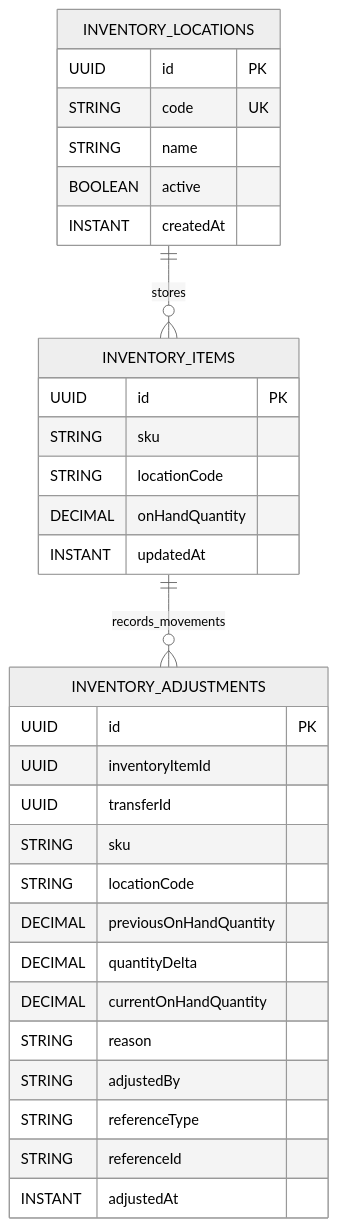
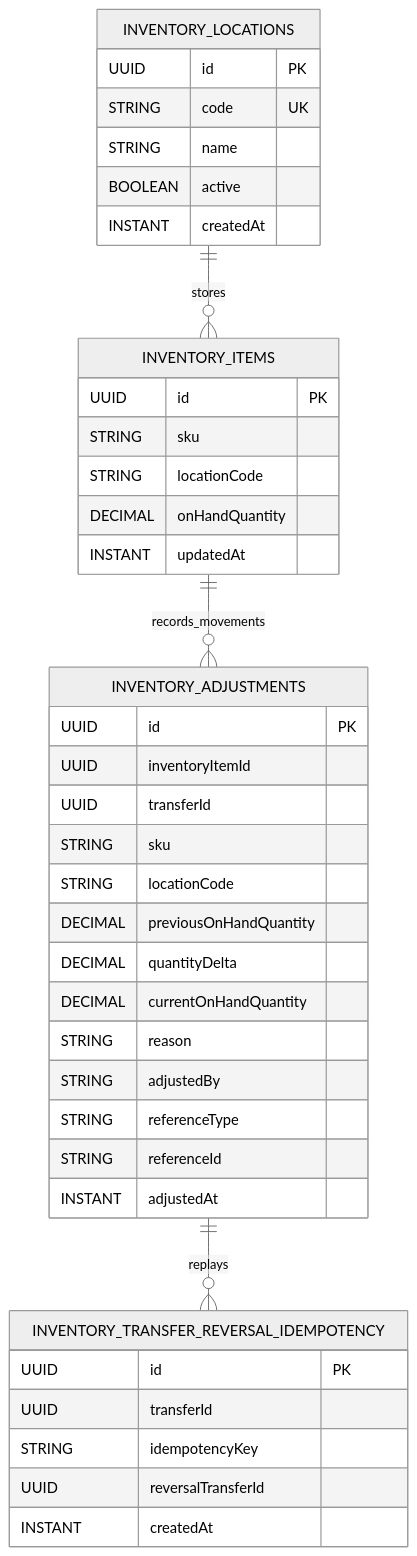
The diagram in docs/inventory-data-model.md (ArcanaERP/platform), drawn with Mermaid (neutral theme) before and after one commit. The commit also changed other lines of this file and 9 other files, not shown here.

Commit message:
feat: add reversal idempotency-key replay support

````diff
--- a/docs/inventory-data-model.md
+++ b/docs/inventory-data-model.md
@@ -7,37 +7,46 @@
 ```mermaid
 erDiagram
     INVENTORY_LOCATIONS ||--o{ INVENTORY_ITEMS : stores
     INVENTORY_ITEMS ||--o{ INVENTORY_ADJUSTMENTS : records_movements
+    INVENTORY_ADJUSTMENTS ||--o{ INVENTORY_TRANSFER_REVERSAL_IDEMPOTENCY : replays
 
     INVENTORY_LOCATIONS {
       UUID id PK
       STRING code UK
       STRING name
       BOOLEAN active
       INSTANT createdAt
     }
 
     INVENTORY_ITEMS {
       UUID id PK
       STRING sku
       STRING locationCode
       DECIMAL onHandQuantity
       INSTANT updatedAt
     }
 
     INVENTORY_ADJUSTMENTS {
       UUID id PK
       UUID inventoryItemId
       UUID transferId
       STRING sku
       STRING locationCode
       DECIMAL previousOnHandQuantity
       DECIMAL quantityDelta
       DECIMAL currentOnHandQuantity
       STRING reason
       STRING adjustedBy
       STRING referenceType
       STRING referenceId
       INSTANT adjustedAt
     }
+
+    INVENTORY_TRANSFER_REVERSAL_IDEMPOTENCY {
+      UUID id PK
+      UUID transferId
+      STRING idempotencyKey
+      UUID reversalTransferId
+      INSTANT createdAt
+    }
 ```
````
